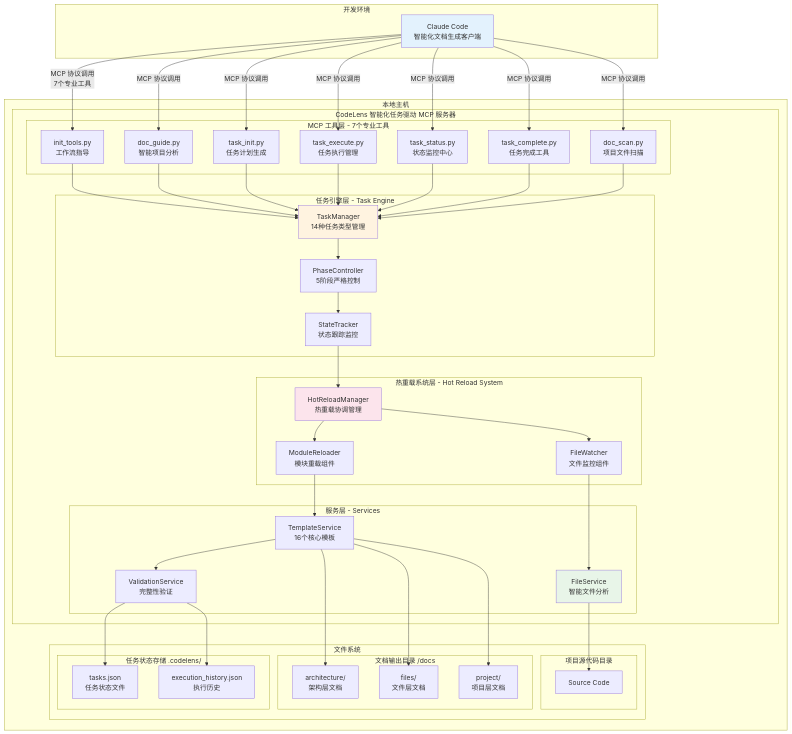
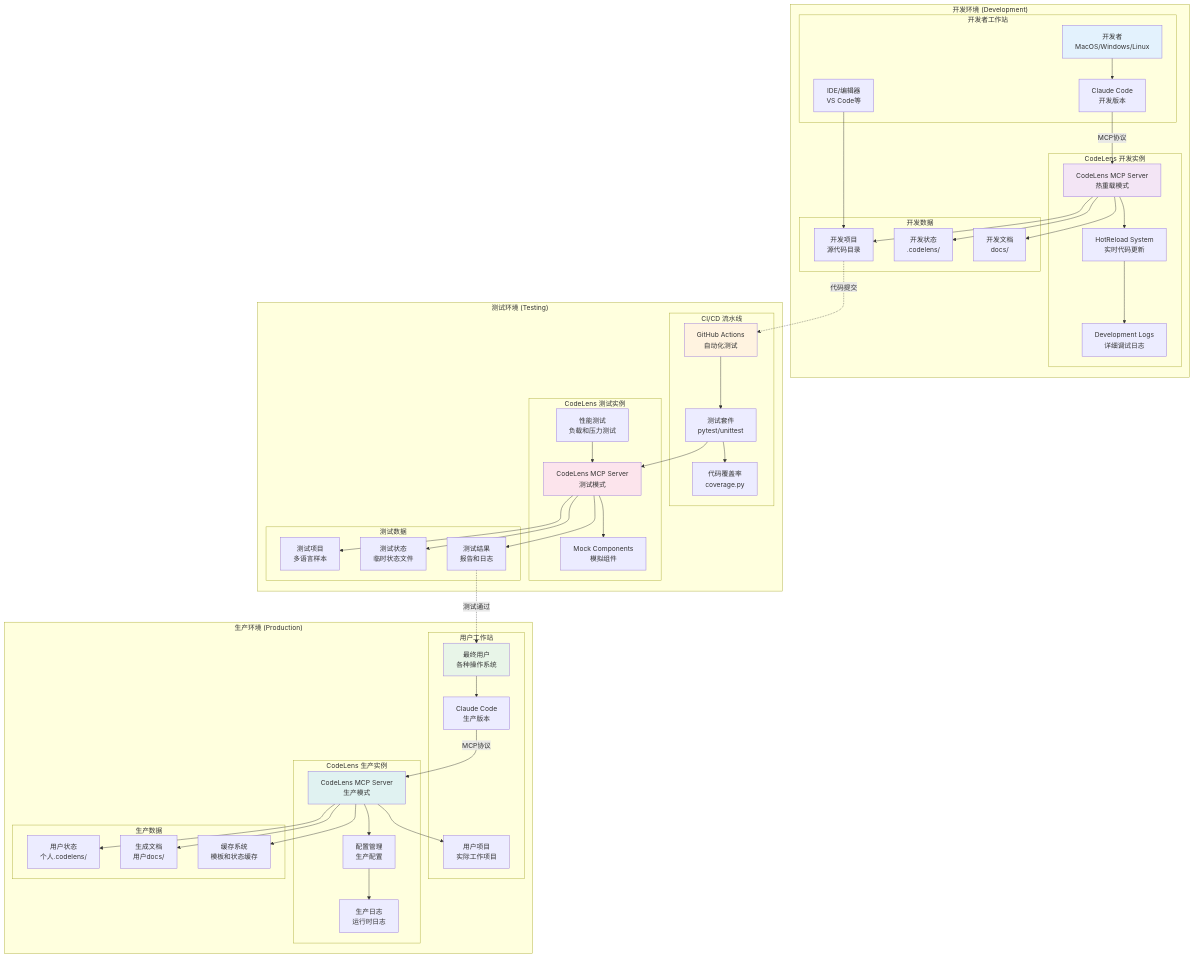
Before and after one commit to MGX-LJY/CodeLens: the diagram in docs/architecture/diagrams/deployment-diagram.md, drawn with Mermaid. The commit also changed other lines of this file and 36 other files, not shown here.

````diff
--- a/docs/architecture/diagrams/deployment-diagram.md
+++ b/docs/architecture/diagrams/deployment-diagram.md
@@ -6,94 +5,103 @@
 ```mermaid
-graph TB
-    subgraph "开发环境"
-        CC[Claude Code<br/>智能化文档生成客户端]
-    end
-    
-    subgraph "本地主机"
-        subgraph "CodeLens 智能化任务驱动 MCP 服务器"
-            subgraph "MCP 工具层 - 7个专业工具"
-                IT[init_tools.py<br/>工作流指导]
-                DG[doc_guide.py<br/>智能项目分析]
-                TI[task_init.py<br/>任务计划生成]
-                TE[task_execute.py<br/>任务执行管理]
-                TS[task_status.py<br/>状态监控中心]
-                TC[task_complete.py<br/>任务完成工具]
-                DS[doc_scan.py<br/>项目文件扫描]
-            end
-            
-            subgraph "任务引擎层 - Task Engine"
-                TM[TaskManager<br/>14种任务类型管理]
-                PC[PhaseController<br/>5阶段严格控制]
-                ST[StateTracker<br/>状态跟踪监控]
-            end
-            
-            subgraph "热重载系统层 - Hot Reload System"
-                HRM[HotReloadManager<br/>热重载协调管理]
-                FW[FileWatcher<br/>文件监控组件]
-                MR[ModuleReloader<br/>模块重载组件]
-            end
-            
-            subgraph "服务层 - Services"
-                FS[FileService<br/>智能文件分析]
-                TmS[TemplateService<br/>16个核心模板]
-                VS[ValidationService<br/>完整性验证]
-            end
+graph TD
+    subgraph "开发环境 (Development)"
+        subgraph "开发者工作站"
+            DEV[开发者<br/>MacOS/Windows/Linux]
+            CC_DEV[Claude Code<br/>开发版本]
+            IDE[IDE/编辑器<br/>VS Code等]
         end
         
-        subgraph "文件系统"
-            subgraph "项目源代码目录"
-                SRC[Source Code]
-            end
-            
-            subgraph "文档输出目录 /docs"
-                ARCH[architecture/<br/>架构层文档]
-                FILES[files/<br/>文件层文档]
-                PROJ[project/<br/>项目层文档]
-            end
-            
-            subgraph "任务状态存储 .codelens/"
-                TASKS[tasks.json<br/>任务状态文件]
-                HIST[execution_history.json<br/>执行历史]
-            end
+        subgraph "CodeLens 开发实例"
+            CL_DEV[CodeLens MCP Server<br/>热重载模式]
+            HR_DEV[HotReload System<br/>实时代码更新]
+            LOG_DEV[Development Logs<br/>详细调试日志]
+        end
+        
+        subgraph "开发数据"
+            PROJ_DEV[开发项目<br/>源代码目录]
+            STATE_DEV[开发状态<br/>.codelens/]
+            DOCS_DEV[开发文档<br/>docs/]
         end
     end
     
-    CC -->|MCP 协议调用<br/>7个专业工具| IT
-    CC -->|MCP 协议调用| DG
-    CC -->|MCP 协议调用| TI
-    CC -->|MCP 协议调用| TE
-    CC -->|MCP 协议调用| TS
-    CC -->|MCP 协议调用| TC
-    CC -->|MCP 协议调用| DS
+    subgraph "测试环境 (Testing)"
+        subgraph "CI/CD 流水线"
+            CI[GitHub Actions<br/>自动化测试]
+            TEST[测试套件<br/>pytest/unittest]
+            COV[代码覆盖率<br/>coverage.py]
+        end
+        
+        subgraph "CodeLens 测试实例"
+            CL_TEST[CodeLens MCP Server<br/>测试模式]
+            MOCK[Mock Components<br/>模拟组件]
+            PERF[性能测试<br/>负载和压力测试]
+        end
+        
+        subgraph "测试数据"
+            PROJ_TEST[测试项目<br/>多语言样本]
+            STATE_TEST[测试状态<br/>临时状态文件]
+            RESULT[测试结果<br/>报告和日志]
+        end
+    end
     
-    IT --> TM
-    DG --> TM
-    TI --> TM
-    TE --> TM
-    TS --> TM
-    TC --> TM
-    DS --> TM
+    subgraph "生产环境 (Production)"
+        subgraph "用户工作站"
+            USER[最终用户<br/>各种操作系统]
+            CC_PROD[Claude Code<br/>生产版本]
+            PROJ_USER[用户项目<br/>实际工作项目]
+        end
+        
+        subgraph "CodeLens 生产实例"
+            CL_PROD[CodeLens MCP Server<br/>生产模式]
+            CONFIG[配置管理<br/>生产配置]
+            LOG_PROD[生产日志<br/>运行时日志]
+        end
+        
+        subgraph "生产数据"
+            STATE_PROD[用户状态<br/>个人.codelens/]
+            DOCS_PROD[生成文档<br/>用户docs/]
+            CACHE[缓存系统<br/>模板和状态缓存]
+        end
+    end
     
-    TM --> PC
-    PC --> ST
-    ST --> HRM
+    %% 开发环境连接
+    DEV --> CC_DEV
+    CC_DEV -->|MCP协议| CL_DEV
+    CL_DEV --> HR_DEV
+    CL_DEV --> PROJ_DEV
+    CL_DEV --> STATE_DEV
+    CL_DEV --> DOCS_DEV
+    IDE --> PROJ_DEV
+    HR_DEV --> LOG_DEV
     
-    HRM --> FW
-    HRM --> MR
+    %% 测试环境连接
+    CI --> TEST
+    TEST --> CL_TEST
+    CL_TEST --> MOCK
+    CL_TEST --> PROJ_TEST
+    CL_TEST --> STATE_TEST
+    PERF --> CL_TEST
+    TEST --> COV
+    CL_TEST --> RESULT
     
-    FW --> FS
-    MR --> TmS
-    TmS --> VS
+    %% 生产环境连接
+    USER --> CC_PROD
+    CC_PROD -->|MCP协议| CL_PROD
+    CL_PROD --> CONFIG
+    CL_PROD --> PROJ_USER
+    CL_PROD --> STATE_PROD
+    CL_PROD --> DOCS_PROD
+    CL_PROD --> CACHE
+    CONFIG --> LOG_PROD
     
-    FS --> SRC
-    TmS --> ARCH
-    TmS --> FILES
-    TmS --> PROJ
-    VS --> TASKS
-    VS --> HIST
+    %% 部署流程
+    PROJ_DEV -.->|代码提交| CI
+    RESULT -.->|测试通过| USER
     
-    style CC fill:#e3f2fd
-    style TM fill:#fff3e0
-    style HRM fill:#fce4ec
-    style FS fill:#e8f5e8
+    style DEV fill:#e3f2fd
+    style CI fill:#fff3e0
+    style USER fill:#e8f5e8
+    style CL_DEV fill:#f3e5f5
+    style CL_TEST fill:#fce4ec
+    style CL_PROD fill:#e0f2f1
 ```
````
